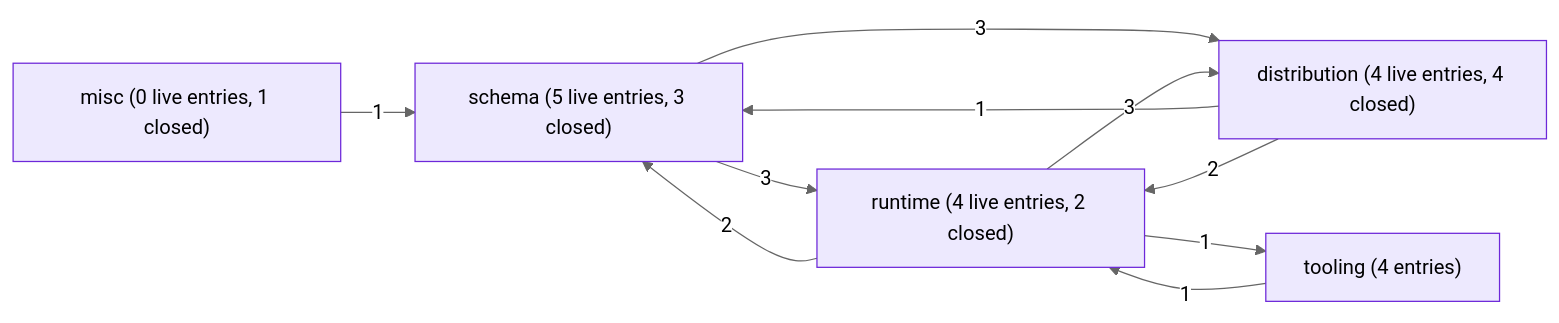
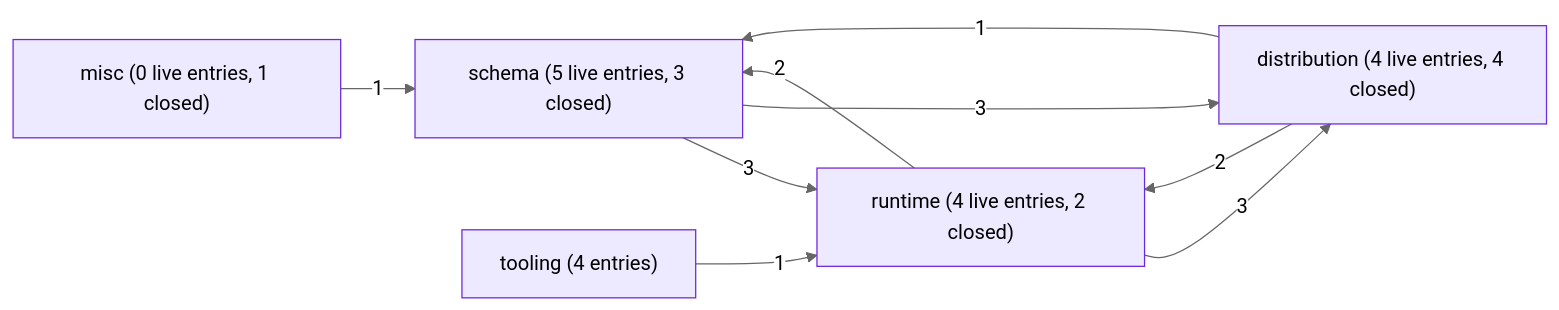
The first of 6 diagrams in GRAPH.md (open-platform-model/enhancements), drawn with Mermaid (neutral theme) before and after one commit. The commit also changed other lines of this file and 182 other files, not shown here.

````diff
--- a/GRAPH.md
+++ b/GRAPH.md
@@ -18,27 +18,26 @@
 ```mermaid
 graph LR
   classDef draft       fill:#fef3c7,stroke:#b45309,color:#000
   classDef accepted    fill:#dbeafe,stroke:#1d4ed8,color:#000
   classDef rejected    fill:#fee2e2,stroke:#b91c1c,color:#7f1d1d,stroke-dasharray:4 2
   classDef superseded  fill:#e5e7eb,stroke:#6b7280,color:#6b7280
   classDef delivered   fill:#dcfce7,stroke:#15803d,color:#14532d
   classDef legacy      fill:#fafafa,stroke:#9ca3af,color:#6b7280,stroke-dasharray:3 3
   classDef stub        fill:#f3f4f6,stroke:#9ca3af,color:#374151
   classDef category    fill:#ede9fe,stroke:#6d28d9,color:#000
 
   Cschema["schema (5 live entries, 3 closed)"]:::category
   Cruntime["runtime (4 live entries, 2 closed)"]:::category
   Cdistribution["distribution (4 live entries, 4 closed)"]:::category
   Ctooling["tooling (4 entries)"]:::category
   Cmisc["misc (0 live entries, 1 closed)"]:::category
 
   Cschema -->|3| Cruntime
   Cschema -->|3| Cdistribution
   Cruntime -->|2| Cschema
   Cruntime -->|3| Cdistribution
-  Cruntime -->|1| Ctooling
   Cdistribution -->|1| Cschema
   Cdistribution -->|2| Cruntime
   Ctooling -->|1| Cruntime
   Cmisc -->|1| Cschema
 ```
````
